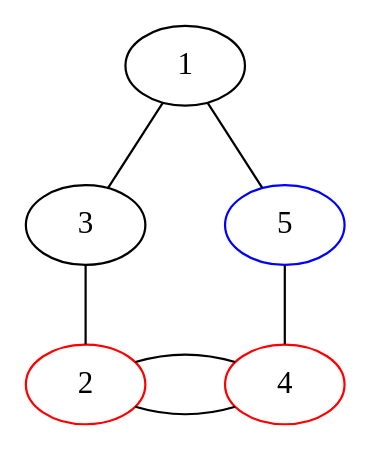
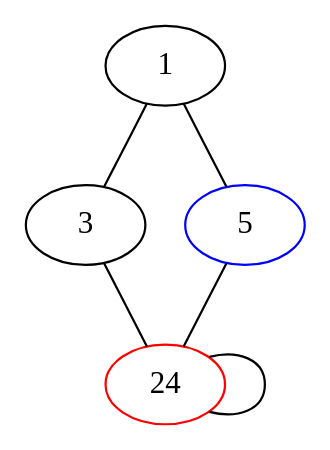
Before and after one commit to bilboquet/gamelib: the diagram in sprouts/start_2_nodes_reduced/1132.dot, drawn with Graphviz. The commit also changed 19 other files, not shown here.

```diff
--- a/sprouts/start_2_nodes_reduced/1132.dot
+++ b/sprouts/start_2_nodes_reduced/1132.dot
@@ -1,28 +1,14 @@
 graph {
   1 -- 3;
   1 -- 5;
-  3 -- 2 [weight=5];
-  5 -- 4 [weight=5];
-  2 -- 4 [minlen=2];
-  2 -- 4;
-
+  3 -- 24 [weight=5];
+  5 -- 24 [weight=5];
+  24 -- 24;
   {
     rank="same";
     3;
     5;
-
   }
-
-
-  {
-    rank="max";
-    2;
-    4;
-
-  }
-
-  2 [color="red"];
-  4 [color="red"];
+  24 [color="red"];
   5 [color="blue"];
-
 }
```
